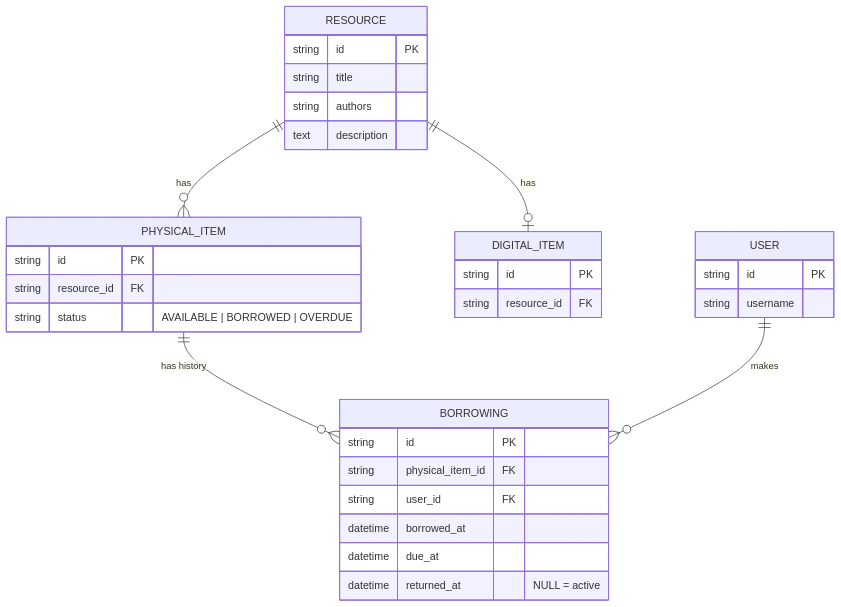
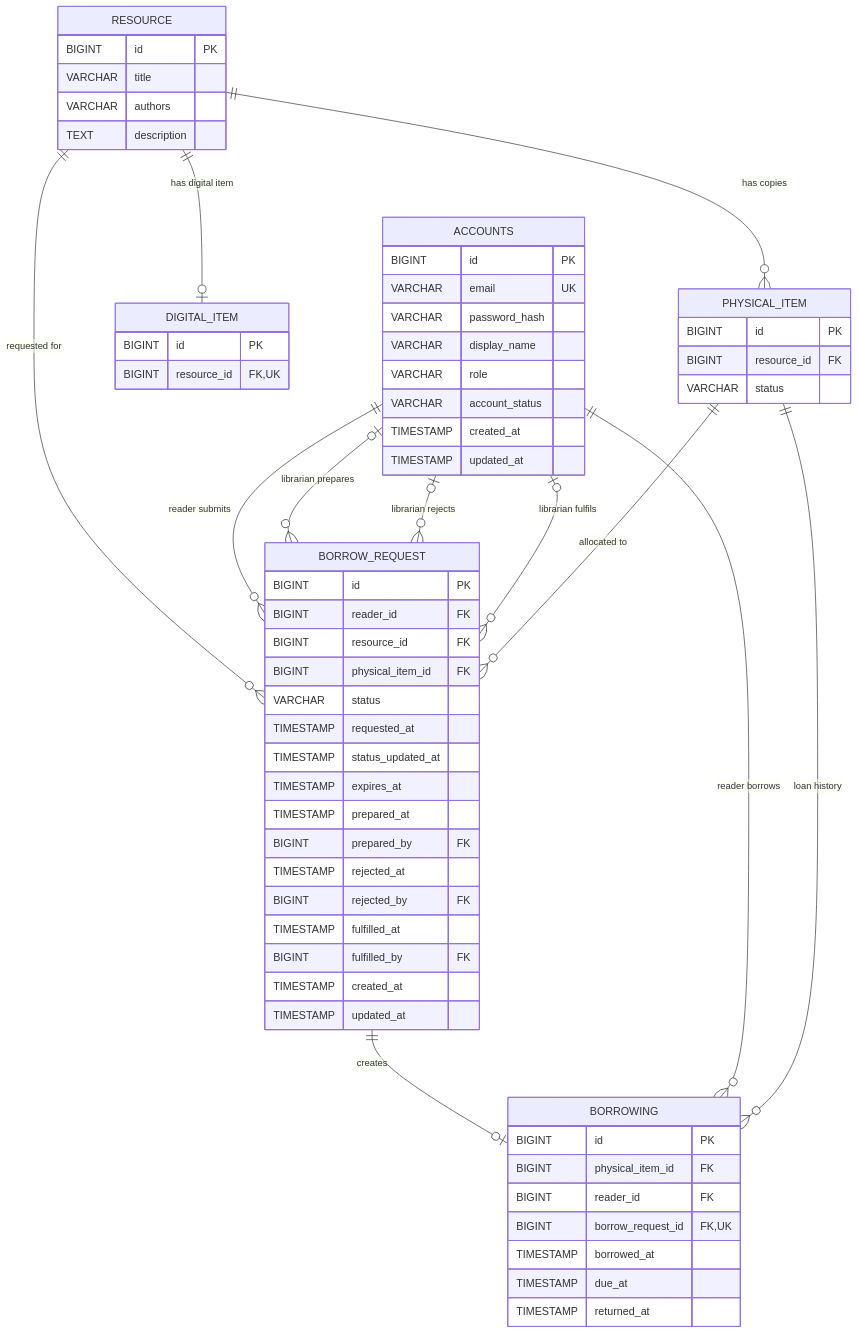
The diagram in docs/database/erd.mmd (hoanglcnn-oss/Librio-Group7), drawn with Mermaid before and after one commit. The commit also changed 15 other files, not shown here.

Commit message:
feat: implement borrow request management, security configuration, and initial database data seeding

```diff
--- a/docs/database/erd.mmd
+++ b/docs/database/erd.mmd
@@ -1,37 +1,73 @@
 erDiagram
-    RESOURCE ||--o{ PHYSICAL_ITEM : "has"
-    RESOURCE ||--o| DIGITAL_ITEM : "has"
-    PHYSICAL_ITEM ||--o{ BORROWING : "has history"
-    USER ||--o{ BORROWING : "makes"
+    RESOURCE ||--o{ PHYSICAL_ITEM : "has copies"
+    RESOURCE ||--o| DIGITAL_ITEM : "has digital item"
+    RESOURCE ||--o{ BORROW_REQUEST : "requested for"
+
+    ACCOUNTS ||--o{ BORROW_REQUEST : "reader submits"
+    ACCOUNTS o|--o{ BORROW_REQUEST : "librarian prepares"
+    ACCOUNTS o|--o{ BORROW_REQUEST : "librarian rejects"
+    ACCOUNTS o|--o{ BORROW_REQUEST : "librarian fulfils"
+
+    PHYSICAL_ITEM ||--o{ BORROW_REQUEST : "allocated to"
+
+    BORROW_REQUEST ||--o| BORROWING : "creates"
+    ACCOUNTS ||--o{ BORROWING : "reader borrows"
+    PHYSICAL_ITEM ||--o{ BORROWING : "loan history"
 
     RESOURCE {
-        string id PK
-        string title
-        string authors
-        text description
+        BIGINT id PK
+        VARCHAR title
+        VARCHAR authors
+        TEXT description
     }
 
     PHYSICAL_ITEM {
-        string id PK
-        string resource_id FK
-        string status "AVAILABLE | BORROWED | OVERDUE"
+        BIGINT id PK
+        BIGINT resource_id FK
+        VARCHAR status
     }
 
     DIGITAL_ITEM {
-        string id PK
-        string resource_id FK
+        BIGINT id PK
+        BIGINT resource_id FK, UK
+    }
+
+    ACCOUNTS {
+        BIGINT id PK
+        VARCHAR email UK
+        VARCHAR password_hash
+        VARCHAR display_name
+        VARCHAR role
+        VARCHAR account_status
+        TIMESTAMP created_at
+        TIMESTAMP updated_at
+    }
+
+    BORROW_REQUEST {
+        BIGINT id PK
+        BIGINT reader_id FK
+        BIGINT resource_id FK
+        BIGINT physical_item_id FK
+        VARCHAR status
+        TIMESTAMP requested_at
+        TIMESTAMP status_updated_at
+        TIMESTAMP expires_at
+        TIMESTAMP prepared_at
+        BIGINT prepared_by FK
+        TIMESTAMP rejected_at
+        BIGINT rejected_by FK
+        TIMESTAMP fulfilled_at
+        BIGINT fulfilled_by FK
+        TIMESTAMP created_at
+        TIMESTAMP updated_at
     }
 
     BORROWING {
-        string id PK
-        string physical_item_id FK
-        string user_id FK
-        datetime borrowed_at
-        datetime due_at
-        datetime returned_at "NULL = active"
+        BIGINT id PK
+        BIGINT physical_item_id FK
+        BIGINT reader_id FK
+        BIGINT borrow_request_id FK, UK
+        TIMESTAMP borrowed_at
+        TIMESTAMP due_at
+        TIMESTAMP returned_at
     }
-
-    USER {
-        string id PK
-        string username
-    }
```
